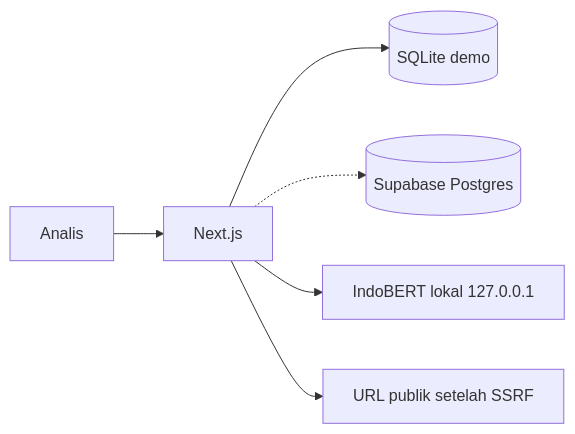
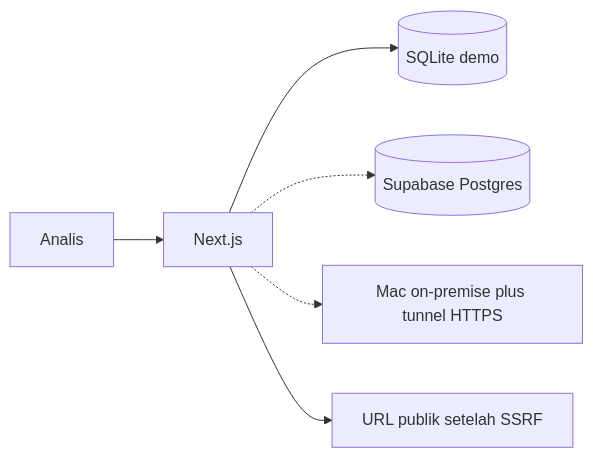
One commit to Moch-Iqbaal/kartika-sentinel changed the first of 2 diagrams in README.md. Above: the diagram before and after it, drawn with Mermaid. The commit also changed other lines of this file and 16 other files, not shown here.

First line of the commit message:
feat: default the web to mode ringan and add a Mac on-prem tunnel

````diff
--- a/README.md
+++ b/README.md
@@ -45,15 +45,15 @@
 ```mermaid
 flowchart LR
   analis[Analis]
   web[Next.js]
   sqlite[(SQLite demo)]
   pg[(Supabase Postgres)]
-  model[IndoBERT lokal 127.0.0.1]
+  mac[Mac on-premise plus tunnel HTTPS]
   url[URL publik setelah SSRF]
 
   analis --> web
   web --> sqlite
   web -.-> pg
-  web --> model
+  web -.-> mac
   web --> url
 ```
````
